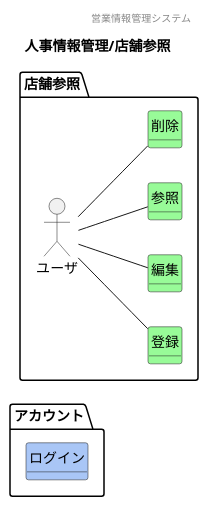
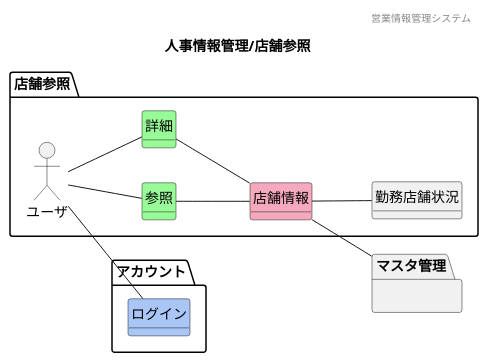
One commit to HaruShim/Sotuken changed the diagram in 各種設計書/1ドメインモデル図/人事情報管理/F13店舗参照.plantuml. Above: the diagram before and after it, drawn with PlantUML. The commit also changed 13 other files, not shown here.

```diff
--- a/各種設計書/1ドメインモデル図/人事情報管理/F13店舗参照.plantuml
+++ b/各種設計書/1ドメインモデル図/人事情報管理/F13店舗参照.plantuml
@@ -1,38 +1,43 @@
 @startuml images/人事情報管理/店舗参照
 ' ヘッダー
 header 営業情報管理システム
 ' タイトル
 title 人事情報管理/店舗参照
 ' 
 hide circle
 ' 
 hide method
 left to right direction
 
 package "アカウント"{
     class "ログイン" #A9C6F6
 }
 
 package "店舗参照" {
     'ユーザや外部システム
     mix_actor "ユーザ"
-    class "登録" #98fb98
-    class "編集" #98fb98
     class "参照" #98fb98
-    class "削除" #98fb98
+    class "詳細" #98fb98
+    class "店舗情報" #F5A9BC
+    class "勤務店舗状況"
+}
+    package "マスタ管理"{
+    }
     ' class "" #F5A9BC
     ' class "" #ffd700
 
     'モデル同士の関係
     ユーザ -- 参照
-    ユーザ -- 登録
-    ユーザ -- 編集
-    ユーザ -- 削除
+    ユーザ -- 詳細
+    ユーザ -- ログイン
+    参照 -- 店舗情報
+    詳細 -- 店舗情報
+    店舗情報 -- 勤務店舗状況
+    店舗情報 -- マスタ管理
 
     'ドメインクラスの属性
 
-}
 
 
 
 @enduml
```
